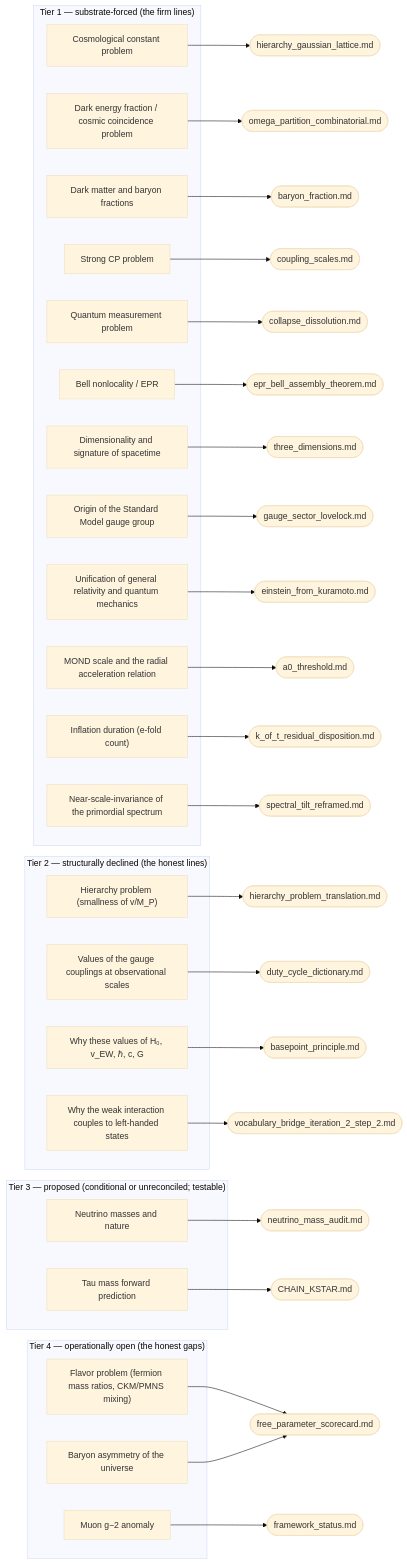
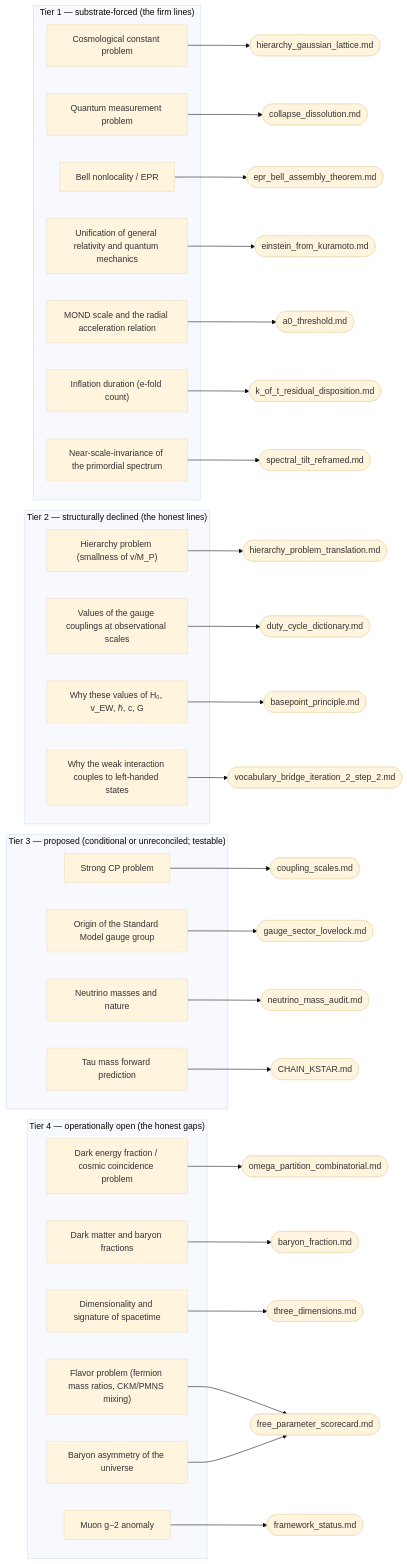
Before and after one commit to nickjoven/harmonics: the diagram in docs/problem-map.md, drawn with Mermaid (base theme). The commit also changed other lines of this file and 171 other files, not shown here.

````diff
--- a/docs/problem-map.md
+++ b/docs/problem-map.md
@@ -205,53 +203,53 @@
 ```mermaid
 flowchart LR
   subgraph forced["Tier 1 — substrate-forced (the firm lines)"]
     cosmological_constant_problem["Cosmological constant problem"]
-    dark_energy_fraction["Dark energy fraction / cosmic coincidence problem"]
-    dark_sector_composition["Dark matter and baryon fractions"]
-    strong_cp_problem["Strong CP problem"]
     measurement_problem["Quantum measurement problem"]
     bell_nonlocality["Bell nonlocality / EPR"]
-    spacetime_dimensionality["Dimensionality and signature of spacetime"]
-    gauge_group_origin["Origin of the Standard Model gauge group"]
     gr_qm_unification["Unification of general relativity and quantum mechanics"]
     galactic_acceleration_scale["MOND scale and the radial acceleration relation"]
     inflation_duration["Inflation duration (e-fold count)"]
     spectral_tilt["Near-scale-invariance of the primordial spectrum"]
   end
   subgraph declined["Tier 2 — structurally declined (the honest lines)"]
     hierarchy_problem["Hierarchy problem (smallness of v/M_P)"]
     gauge_couplings_at_mz["Values of the gauge couplings at observational scales"]
     absolute_scales["Why these values of H₀, v_EW, ℏ, c, G"]
     parity_violation_direction["Why the weak interaction couples to left-handed states"]
   end
   subgraph proposed["Tier 3 — proposed (conditional or unreconciled; testable)"]
+    strong_cp_problem["Strong CP problem"]
+    gauge_group_origin["Origin of the Standard Model gauge group"]
     neutrino_masses["Neutrino masses and nature"]
     tau_mass_precision["Tau mass forward prediction"]
   end
   subgraph open["Tier 4 — operationally open (the honest gaps)"]
+    dark_energy_fraction["Dark energy fraction / cosmic coincidence problem"]
+    dark_sector_composition["Dark matter and baryon fractions"]
+    spacetime_dimensionality["Dimensionality and signature of spacetime"]
     flavor_problem["Flavor problem (fermion mass ratios, CKM/PMNS mixing)"]
     muon_g2["Muon g−2 anomaly"]
     baryon_asymmetry["Baryon asymmetry of the universe"]
   end
   cosmological_constant_problem --> doc_hierarchy_gaussian_lattice(["hierarchy_gaussian_lattice.md"])
-  dark_energy_fraction --> doc_omega_partition_combinatorial(["omega_partition_combinatorial.md"])
-  dark_sector_composition --> doc_baryon_fraction(["baryon_fraction.md"])
-  strong_cp_problem --> doc_coupling_scales(["coupling_scales.md"])
   measurement_problem --> doc_collapse_dissolution(["collapse_dissolution.md"])
   bell_nonlocality --> doc_epr_bell_assembly_theorem(["epr_bell_assembly_theorem.md"])
-  spacetime_dimensionality --> doc_three_dimensions(["three_dimensions.md"])
-  gauge_group_origin --> doc_gauge_sector_lovelock(["gauge_sector_lovelock.md"])
   gr_qm_unification --> doc_einstein_from_kuramoto(["einstein_from_kuramoto.md"])
   galactic_acceleration_scale --> doc_a0_threshold(["a0_threshold.md"])
   inflation_duration --> doc_k_of_t_residual_disposition(["k_of_t_residual_disposition.md"])
   spectral_tilt --> doc_spectral_tilt_reframed(["spectral_tilt_reframed.md"])
   hierarchy_problem --> doc_hierarchy_problem_translation(["hierarchy_problem_translation.md"])
   gauge_couplings_at_mz --> doc_duty_cycle_dictionary(["duty_cycle_dictionary.md"])
   absolute_scales --> doc_basepoint_principle(["basepoint_principle.md"])
   parity_violation_direction --> doc_vocabulary_bridge_iteration_2_step_2(["vocabulary_bridge_iteration_2_step_2.md"])
+  strong_cp_problem --> doc_coupling_scales(["coupling_scales.md"])
+  gauge_group_origin --> doc_gauge_sector_lovelock(["gauge_sector_lovelock.md"])
   neutrino_masses --> doc_neutrino_mass_audit(["neutrino_mass_audit.md"])
   tau_mass_precision --> doc_CHAIN_KSTAR(["CHAIN_KSTAR.md"])
+  dark_energy_fraction --> doc_omega_partition_combinatorial(["omega_partition_combinatorial.md"])
+  dark_sector_composition --> doc_baryon_fraction(["baryon_fraction.md"])
+  spacetime_dimensionality --> doc_three_dimensions(["three_dimensions.md"])
   flavor_problem --> doc_free_parameter_scorecard(["free_parameter_scorecard.md"])
   muon_g2 --> doc_framework_status(["framework_status.md"])
   baryon_asymmetry --> doc_free_parameter_scorecard(["free_parameter_scorecard.md"])
 ```
````
